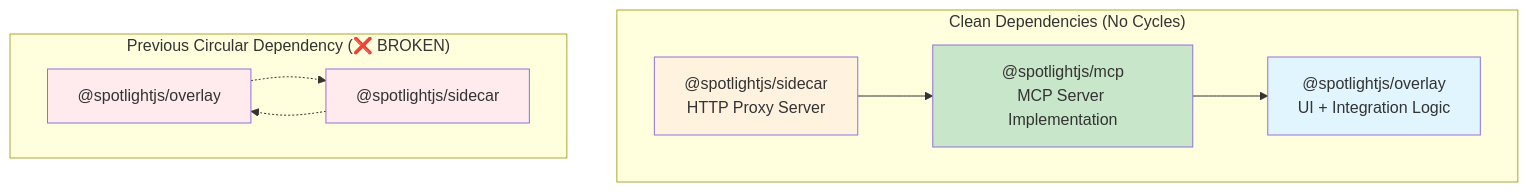
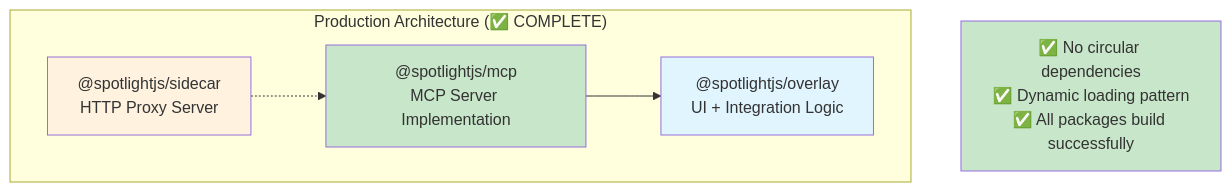
One commit to getsentry/spotlight changed the first of 2 diagrams in MCP_DUAL_PROCESSING_PLAN.md. Above: the diagram before and after it, drawn with Mermaid. The commit also changed other lines of this file and 8 other files, not shown here.

````diff
--- a/MCP_DUAL_PROCESSING_PLAN.md
+++ b/MCP_DUAL_PROCESSING_PLAN.md
@@ -23,26 +16,18 @@
 ```mermaid
 graph TB
-    subgraph "Clean Dependencies (No Cycles)"
+    subgraph "Production Architecture (✅ COMPLETE)"
         A["@spotlightjs/overlay<br/>UI + Integration Logic"] 
         B["@spotlightjs/mcp<br/>MCP Server Implementation"]
         C["@spotlightjs/sidecar<br/>HTTP Proxy Server"]
         
         B --> A
-        C --> B
+        C -.-> B
         
         style A fill:#e1f5fe
         style B fill:#c8e6c9  
         style C fill:#fff3e0
     end
     
-    subgraph "Previous Circular Dependency (❌ BROKEN)"  
-        D["@spotlightjs/overlay"] 
-        E["@spotlightjs/sidecar"]
-        
-        E -.-> D
-        D -.-> E
-        
-        style D fill:#ffebee
-        style E fill:#ffebee
-    end
+    note1["✅ No circular dependencies<br/>✅ Dynamic loading pattern<br/>✅ All packages build successfully"]
+    style note1 fill:#c8e6c9
 ```
````
